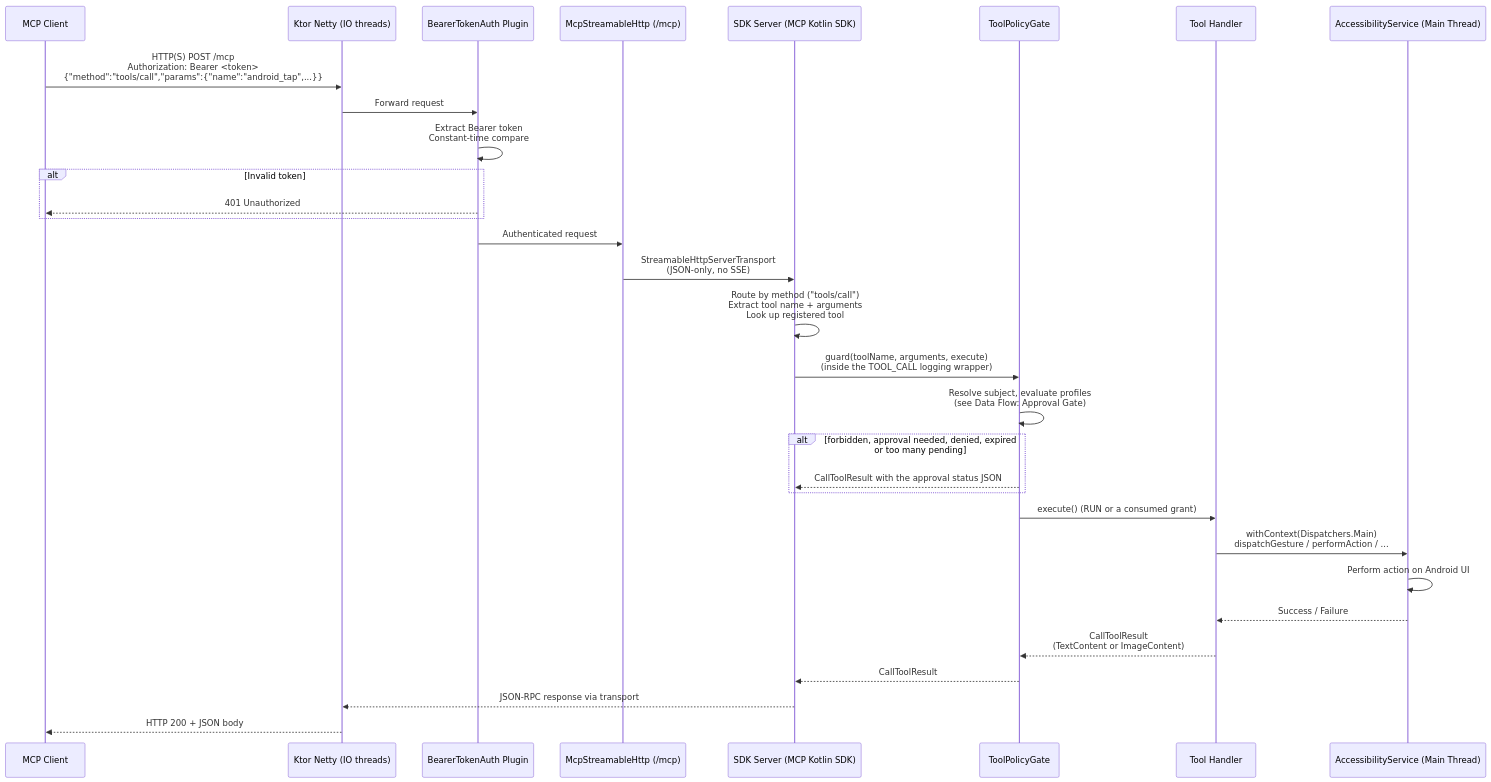
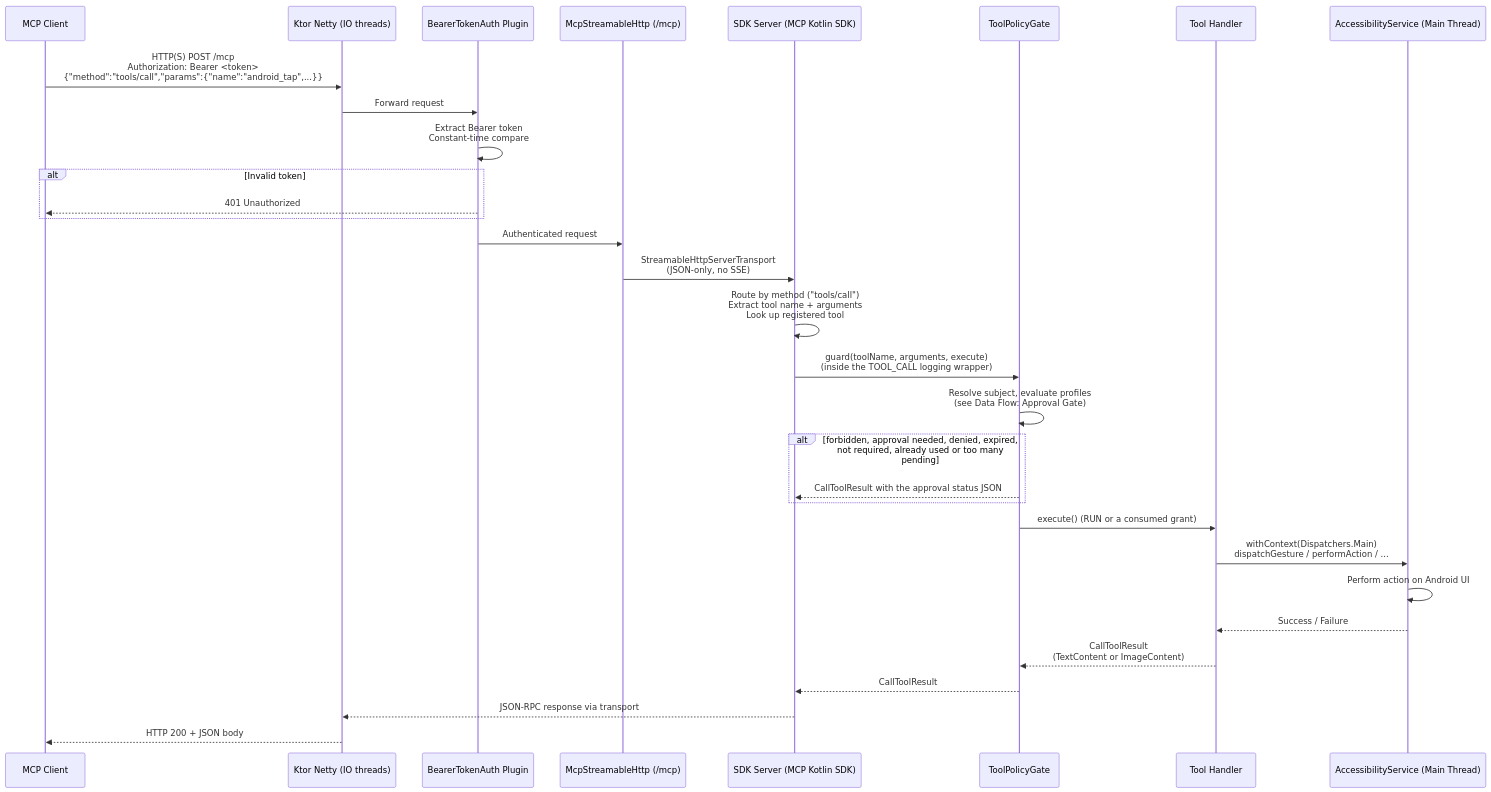
The second of 7 diagrams in docs/ARCHITECTURE.md (mlandolfi90/Lucky-Tool-Android), drawn with Mermaid before and after one commit. The commit also changed other lines of this file and 3 other files, not shown here.

First line of the commit message:
docs: document the expired, not_required and already_used approval statuses

````diff
--- a/docs/ARCHITECTURE.md
+++ b/docs/ARCHITECTURE.md
@@ -207,34 +207,34 @@
 ```mermaid
 sequenceDiagram
     participant Client as MCP Client
     participant Ktor as Ktor Netty (IO threads)
     participant Auth as BearerTokenAuth Plugin
     participant Route as McpStreamableHttp (/mcp)
     participant SDK as SDK Server (MCP Kotlin SDK)
     participant Gate as ToolPolicyGate
     participant Tool as Tool Handler
     participant Acc as AccessibilityService (Main Thread)
 
     Client->>Ktor: HTTP(S) POST /mcp<br/>Authorization: Bearer <token><br/>{"method":"tools/call","params":{"name":"android_tap",...}}
     Ktor->>Auth: Forward request
     Auth->>Auth: Extract Bearer token<br/>Constant-time compare
     alt Invalid token
         Auth-->>Client: 401 Unauthorized
     end
     Auth->>Route: Authenticated request
     Route->>SDK: StreamableHttpServerTransport<br/>(JSON-only, no SSE)
     SDK->>SDK: Route by method ("tools/call")<br/>Extract tool name + arguments<br/>Look up registered tool
     SDK->>Gate: guard(toolName, arguments, execute)<br/>(inside the TOOL_CALL logging wrapper)
     Gate->>Gate: Resolve subject, evaluate profiles<br/>(see Data Flow: Approval Gate)
-    alt forbidden, approval needed, denied, expired or too many pending
+    alt forbidden, approval needed, denied, expired, not required, already used or too many pending
         Gate-->>SDK: CallToolResult with the approval status JSON
     end
     Gate->>Tool: execute() (RUN or a consumed grant)
     Tool->>Acc: withContext(Dispatchers.Main)<br/>dispatchGesture / performAction / ...
     Acc->>Acc: Perform action on Android UI
     Acc-->>Tool: Success / Failure
     Tool-->>Gate: CallToolResult<br/>(TextContent or ImageContent)
     Gate-->>SDK: CallToolResult
     SDK-->>Ktor: JSON-RPC response via transport
     Ktor-->>Client: HTTP 200 + JSON body
 ```
````
